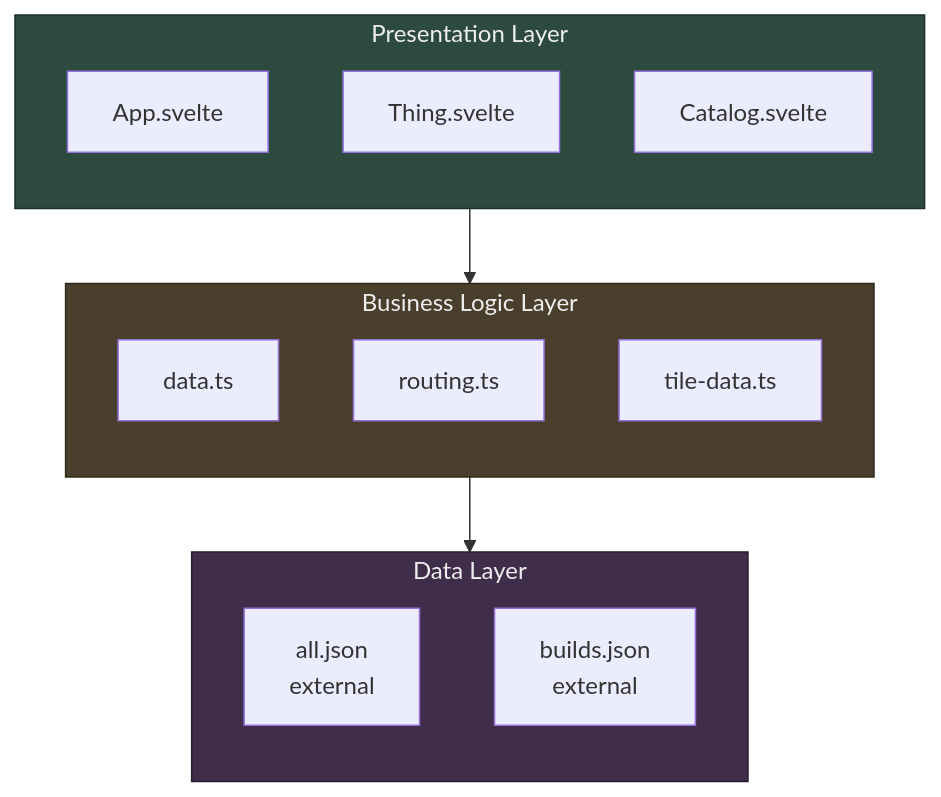
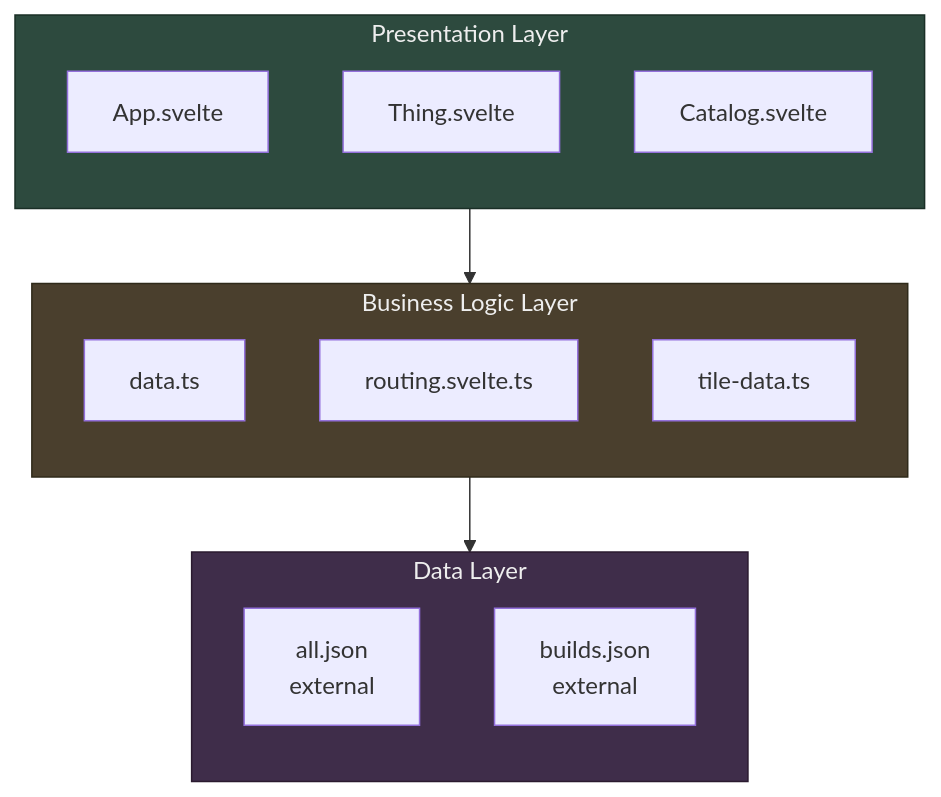
The third of 8 diagrams in docs/architecture.md (ushkinaz/cbn-guide), drawn with Mermaid before and after one commit. The commit also changed other lines of this file and 36 other files, not shown here.

````diff
--- a/docs/architecture.md
+++ b/docs/architecture.md
@@ -123,29 +129,29 @@
 ```mermaid
 flowchart TD
     subgraph Presentation["Presentation Layer"]
         direction TB
         AppSvelte[App.svelte]
         Thing[Thing.svelte]
         Catalog[Catalog.svelte]
     end
 
     subgraph Business["Business Logic Layer"]
         direction TB
         DataTS[data.ts]
-        RoutingTS[routing.ts]
+        RoutingTS[routing.svelte.ts]
         TileDataTS[tile-data.ts]
     end
 
     subgraph Data["Data Layer"]
         direction TB
         AllJSON[all.json<br/>external]
         BuildsJSON[builds.json<br/>external]
     end
 
     Presentation --> Business
     Business --> Data
 
     style Presentation fill:#2d4a3e,stroke:#1a2f26,color:#eee
     style Business fill:#4a3f2d,stroke:#2f2a1a,color:#eee
     style Data fill:#3f2d4a,stroke:#2a1a2f,color:#eee
 ```
````
